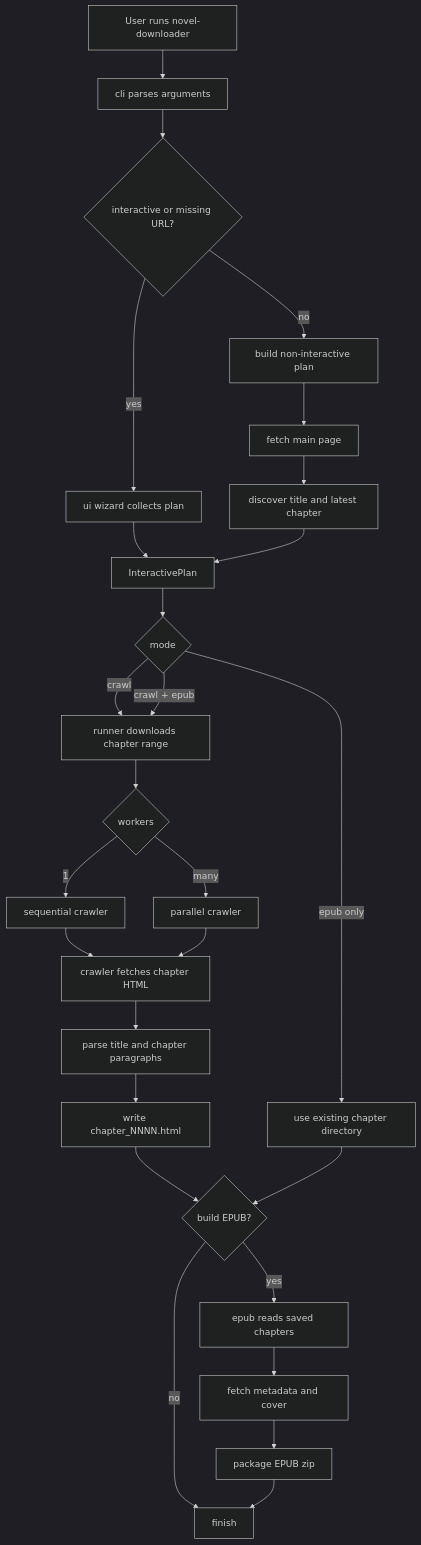
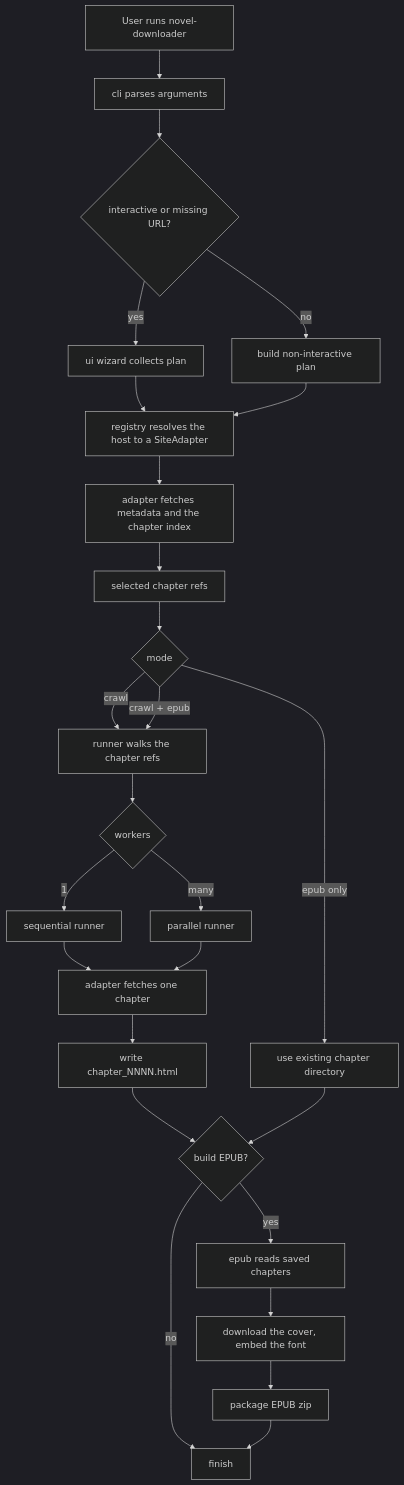
One commit to kurokeita/novel-downloader changed the diagram in README.md. Above: the diagram before and after it, drawn with Mermaid (dark theme). The commit also changed other lines of this file and 2 other files, not shown here.

Commit message:
docs: refresh the README for the source seam and add a site-adapter skill (#21)

````diff
--- a/README.md
+++ b/README.md
@@ -133,29 +134,28 @@
 ```mermaid
 flowchart TD
     A["User runs novel-downloader"] --> B["cli parses arguments"]
     B --> C{"interactive or missing URL?"}
     C -->|yes| D["ui wizard collects plan"]
     C -->|no| E["build non-interactive plan"]
-    E --> F["fetch main page"]
-    F --> G["discover title and latest chapter"]
-    D --> H["InteractivePlan"]
-    G --> H
+    D --> F["registry resolves the host to a SiteAdapter"]
+    E --> F
+    F --> G["adapter fetches metadata and the chapter index"]
+    G --> H["selected chapter refs"]
     H --> I{"mode"}
-    I -->|crawl| J["runner downloads chapter range"]
+    I -->|crawl| J["runner walks the chapter refs"]
     I -->|crawl + epub| J
     I -->|epub only| N["use existing chapter directory"]
     J --> K{"workers"}
-    K -->|1| L["sequential crawler"]
-    K -->|many| M["parallel crawler"]
-    L --> O["crawler fetches chapter HTML"]
+    K -->|1| L["sequential runner"]
+    K -->|many| M["parallel runner"]
+    L --> O["adapter fetches one chapter"]
     M --> O
-    O --> P["parse title and chapter paragraphs"]
-    P --> Q["write chapter_NNNN.html"]
+    O --> Q["write chapter_NNNN.html"]
     Q --> R{"build EPUB?"}
     N --> R
     R -->|no| S["finish"]
     R -->|yes| T["epub reads saved chapters"]
-    T --> U["fetch metadata and cover"]
+    T --> U["download the cover, embed the font"]
     U --> V["package EPUB zip"]
     V --> S
 ```
````
